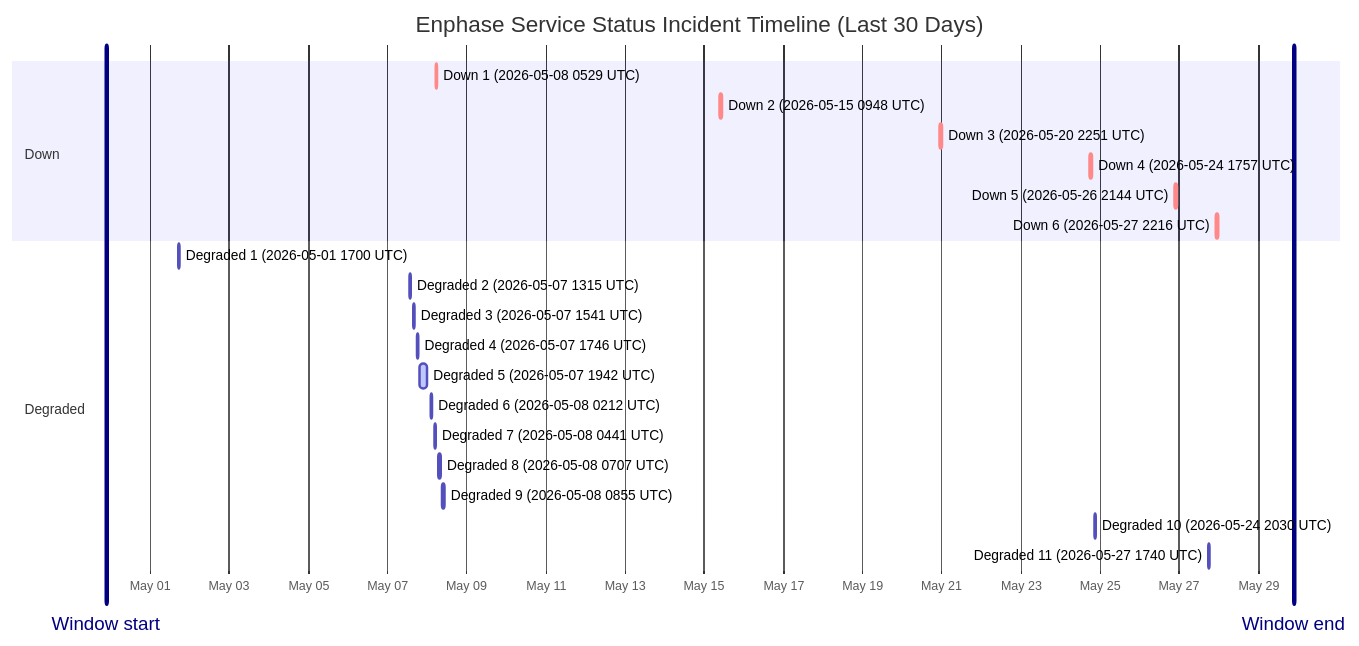
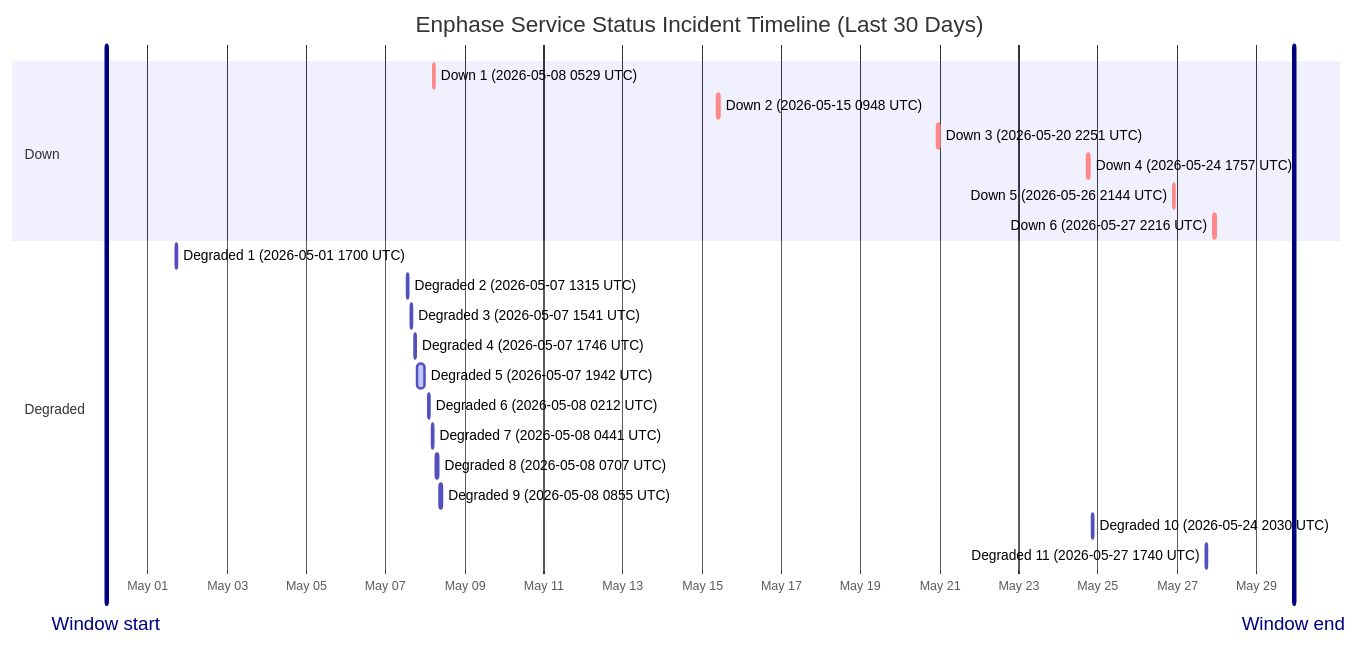
The diagram in wiki/Service-Status-History.md (barneyonline/ha-enphase-ev-charger), drawn with Mermaid before and after one commit. The commit also changed other lines of this file and 3 other files, not shown here.

````diff
--- a/wiki/Service-Status-History.md
+++ b/wiki/Service-Status-History.md
@@ -14,27 +14,27 @@
 ```mermaid
 gantt
     title Enphase Service Status Incident Timeline (Last 30 Days)
     dateFormat  YYYY-MM-DDTHH:mm:ss
     axisFormat  %b %d
-    Window start :vert, window-start, 2026-04-29T21:21:48, 0ms
-    Window end :vert, window-end, 2026-05-29T21:21:48, 0ms
+    Window start :vert, window-start, 2026-04-29T22:50:13, 0ms
+    Window end :vert, window-end, 2026-05-29T22:50:13, 0ms
     section Down
     Down 1 (2026-05-08 0529 UTC) :crit, down-1, 2026-05-08T05:29:47, 60m
     Down 2 (2026-05-15 0948 UTC) :crit, down-2, 2026-05-15T09:48:18, 60m
     Down 3 (2026-05-20 2251 UTC) :crit, down-3, 2026-05-20T22:51:14, 75m
     Down 4 (2026-05-24 1757 UTC) :crit, down-4, 2026-05-24T17:57:41, 86m
     Down 5 (2026-05-26 2144 UTC) :crit, down-5, 2026-05-26T21:44:11, 85m
     Down 6 (2026-05-27 2216 UTC) :crit, down-6, 2026-05-27T22:16:53, 87m
     section Degraded
     Degraded 1 (2026-05-01 1700 UTC) :active, degraded-1, 2026-05-01T17:00:22, 60m
     Degraded 2 (2026-05-07 1315 UTC) :active, degraded-2, 2026-05-07T13:15:25, 60m
     Degraded 3 (2026-05-07 1541 UTC) :active, degraded-3, 2026-05-07T15:41:58, 60m
     Degraded 4 (2026-05-07 1746 UTC) :active, degraded-4, 2026-05-07T17:46:51, 60m
     Degraded 5 (2026-05-07 1942 UTC) :active, degraded-5, 2026-05-07T19:42:10, 249m
     Degraded 6 (2026-05-08 0212 UTC) :active, degraded-6, 2026-05-08T02:12:39, 60m
     Degraded 7 (2026-05-08 0441 UTC) :active, degraded-7, 2026-05-08T04:41:46, 60m
     Degraded 8 (2026-05-08 0707 UTC) :active, degraded-8, 2026-05-08T07:07:30, 60m
     Degraded 9 (2026-05-08 0855 UTC) :active, degraded-9, 2026-05-08T08:55:20, 88m
     Degraded 10 (2026-05-24 2030 UTC) :active, degraded-10, 2026-05-24T20:30:57, 84m
     Degraded 11 (2026-05-27 1740 UTC) :active, degraded-11, 2026-05-27T17:40:52, 60m
 ```
````
